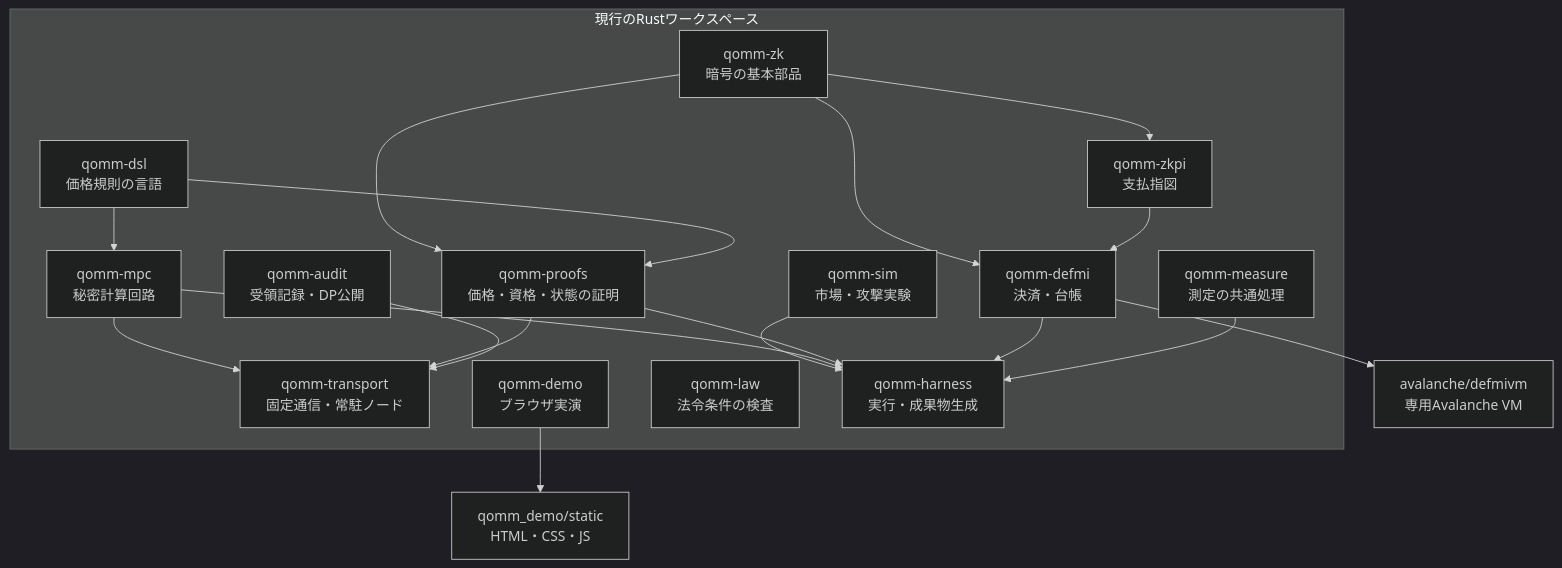
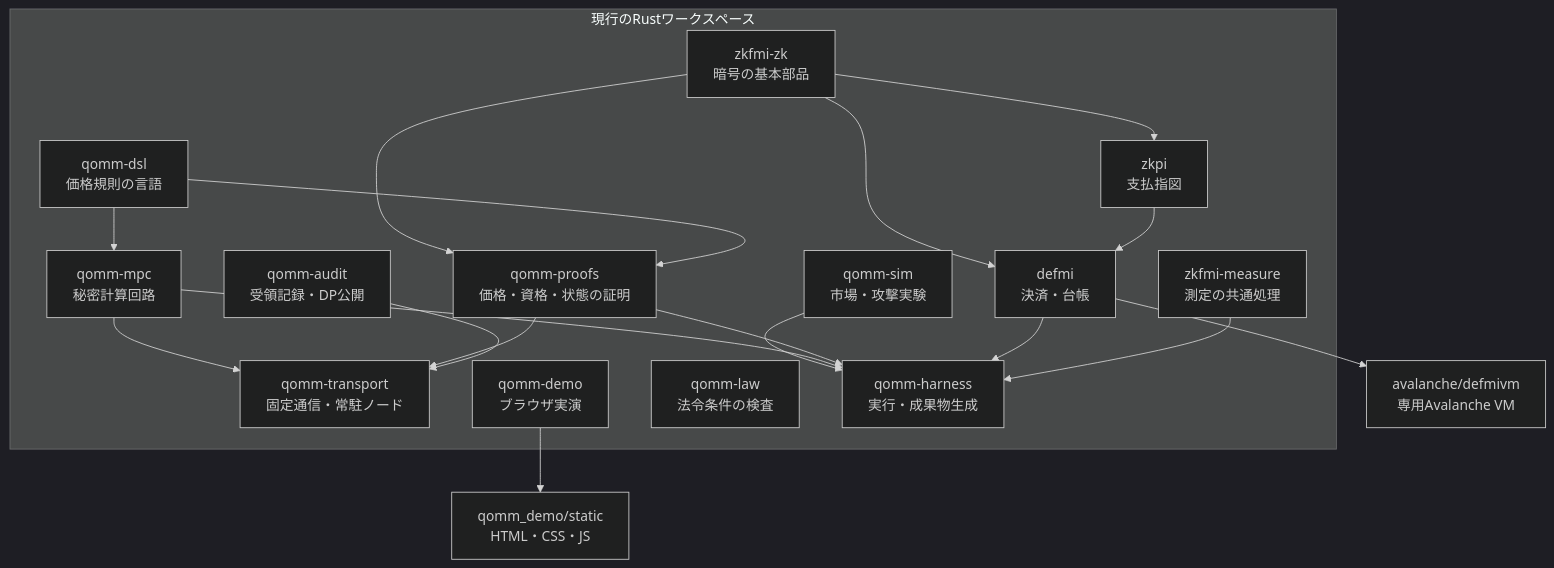
Before and after one commit to zkFMI/qomm: the second of 3 diagrams in doc/ja/SOURCE_CODE_GUIDE.md, drawn with Mermaid (dark theme). The commit also changed other lines of this file and 57 other files, not shown here.

First line of the commit message:
Follow the zkpi and defmi crate renames

````diff
--- a/doc/ja/SOURCE_CODE_GUIDE.md
+++ b/doc/ja/SOURCE_CODE_GUIDE.md
@@ -96,35 +96,35 @@
 ```mermaid
 flowchart TB
     subgraph Core[現行のRustワークスペース]
-      ZK[qomm-zk<br/>暗号の基本部品]
-      ZKPI[qomm-zkpi<br/>支払指図]
+      ZK[zkfmi-zk<br/>暗号の基本部品]
+      ZKPI[zkpi<br/>支払指図]
       DSL[qomm-dsl<br/>価格規則の言語]
       MPC[qomm-mpc<br/>秘密計算回路]
       PROOF[qomm-proofs<br/>価格・資格・状態の証明]
       TRAN[qomm-transport<br/>固定通信・常駐ノード]
       AUD[qomm-audit<br/>受領記録・DP公開]
-      DEFMI[qomm-defmi<br/>決済・台帳]
+      DEFMI[defmi<br/>決済・台帳]
       SIM[qomm-sim<br/>市場・攻撃実験]
       DEMO[qomm-demo<br/>ブラウザ実演]
       LAW[qomm-law<br/>法令条件の検査]
-      MEAS[qomm-measure<br/>測定の共通処理]
+      MEAS[zkfmi-measure<br/>測定の共通処理]
       HAR[qomm-harness<br/>実行・成果物生成]
     end
 
     ZK --> ZKPI
     ZK --> PROOF
     ZK --> DEFMI
     DSL --> MPC
     DSL --> PROOF
     MPC --> TRAN
     PROOF --> TRAN
     AUD --> TRAN
     ZKPI --> DEFMI
     DEFMI --> AV[avalanche/defmivm<br/>専用Avalanche VM]
     SIM --> HAR
     MPC --> HAR
     PROOF --> HAR
     DEFMI --> HAR
     MEAS --> HAR
     DEMO --> UI[qomm_demo/static<br/>HTML・CSS・JS]
 ```
````
